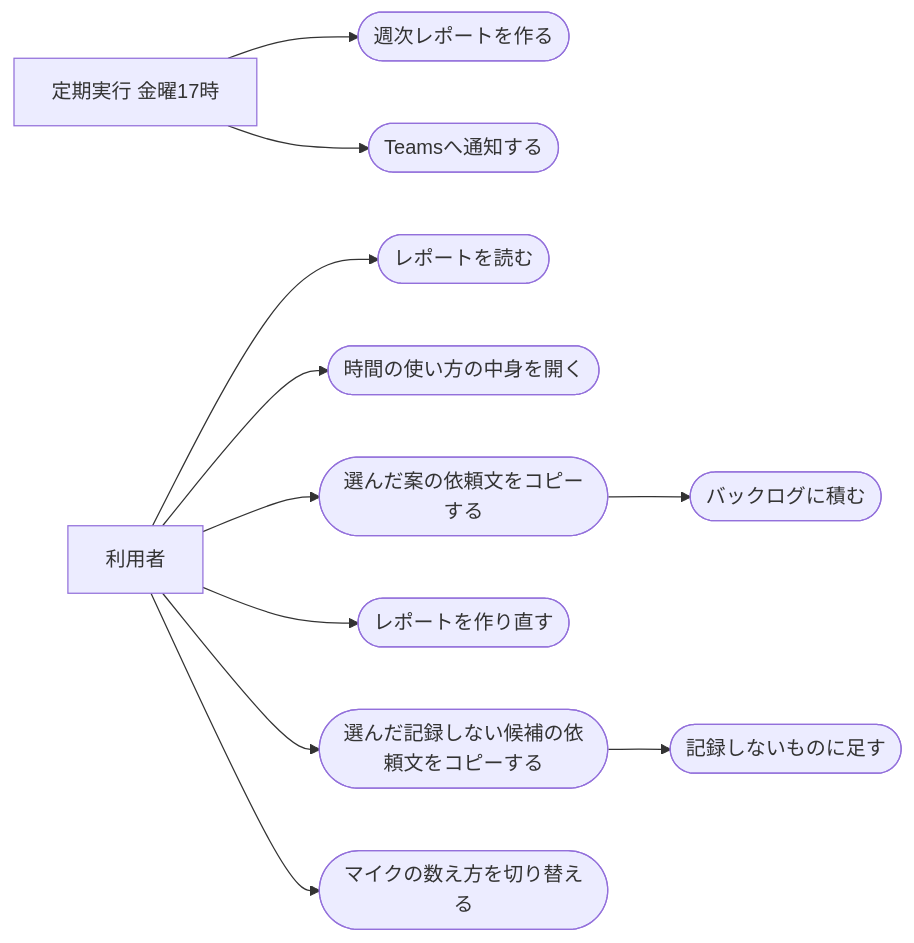
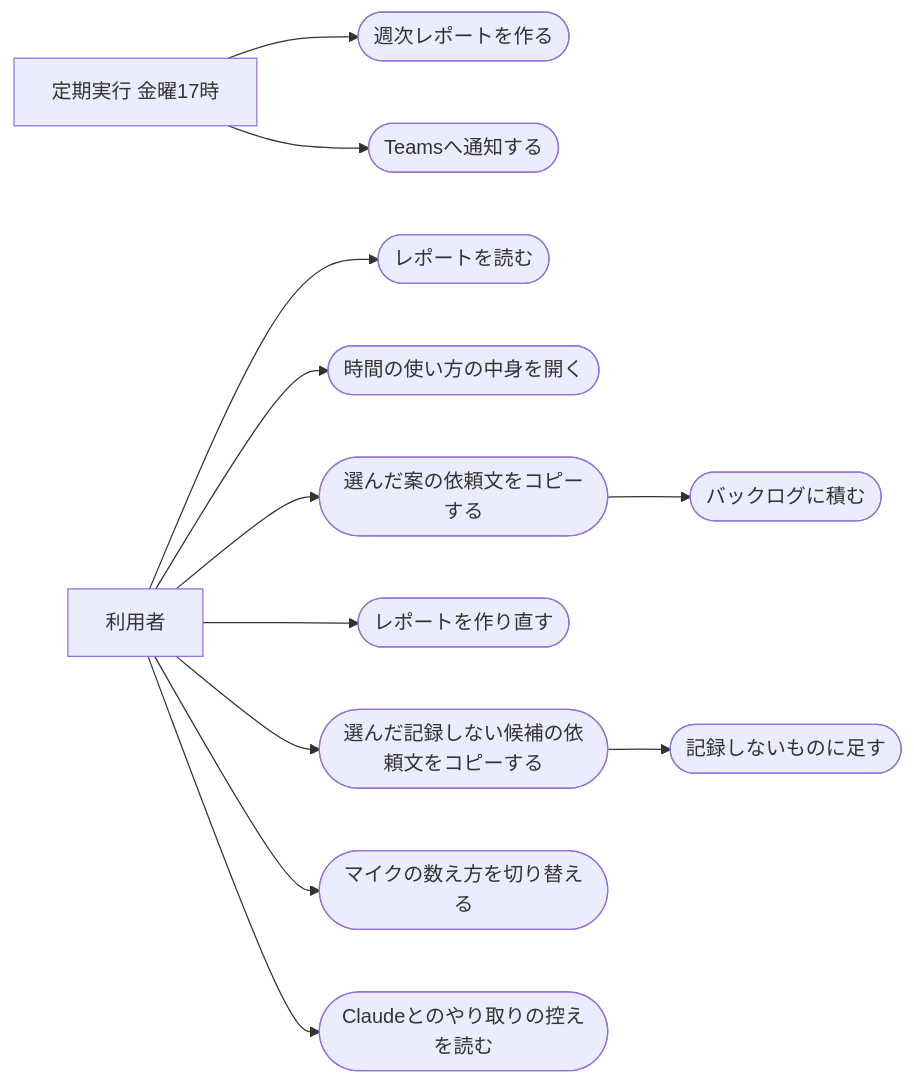
Before and after one commit to dnode-ryosuke-yamazaki/study: the diagram in apps/routine-work-finder/specs/weekly-automation-report/requirements.md, drawn with Mermaid. The commit also changed other lines of this file and 4 other files, not shown here.

````diff
--- a/apps/routine-work-finder/specs/weekly-automation-report/requirements.md
+++ b/apps/routine-work-finder/specs/weekly-automation-report/requirements.md
@@ -27,13 +29,14 @@
 ```mermaid
 flowchart LR
     timer["定期実行 金曜17時"] --> make(["週次レポートを作る"])
     timer --> notify(["Teamsへ通知する"])
     user["利用者"] --> open(["レポートを読む"])
     user --> detail(["時間の使い方の中身を開く"])
     user --> copy(["選んだ案の依頼文をコピーする"])
     user --> remake(["レポートを作り直す"])
     user --> excopy(["選んだ記録しない候補の依頼文をコピーする"])
     user --> mic(["マイクの数え方を切り替える"])
+    user --> inspect(["Claudeとのやり取りの控えを読む"])
     copy --> backlog(["バックログに積む"])
     excopy --> exclude(["記録しないものに足す"])
 ```
````
